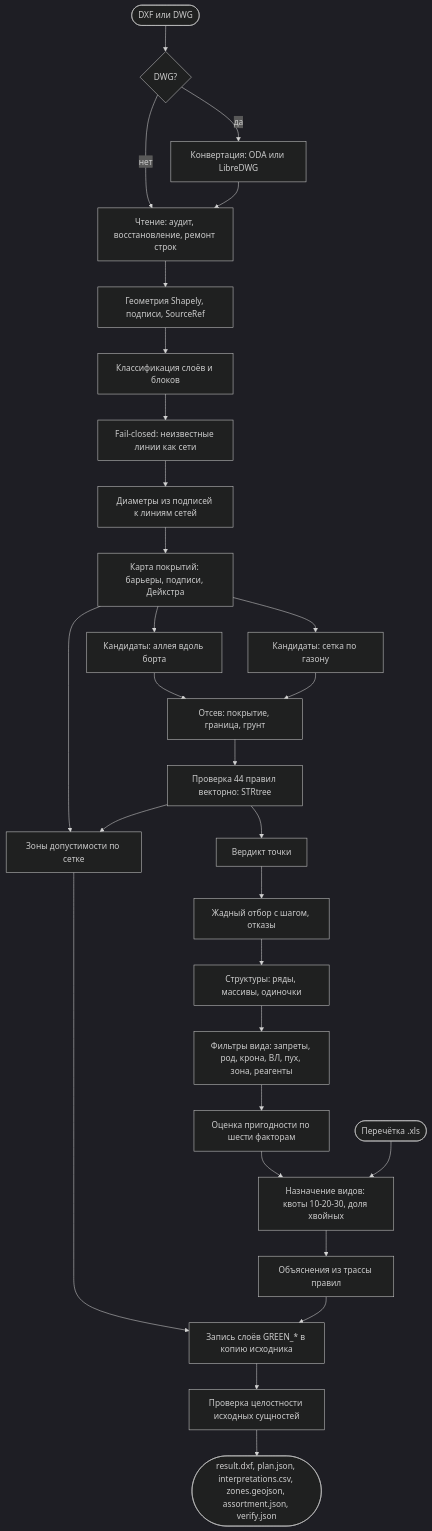
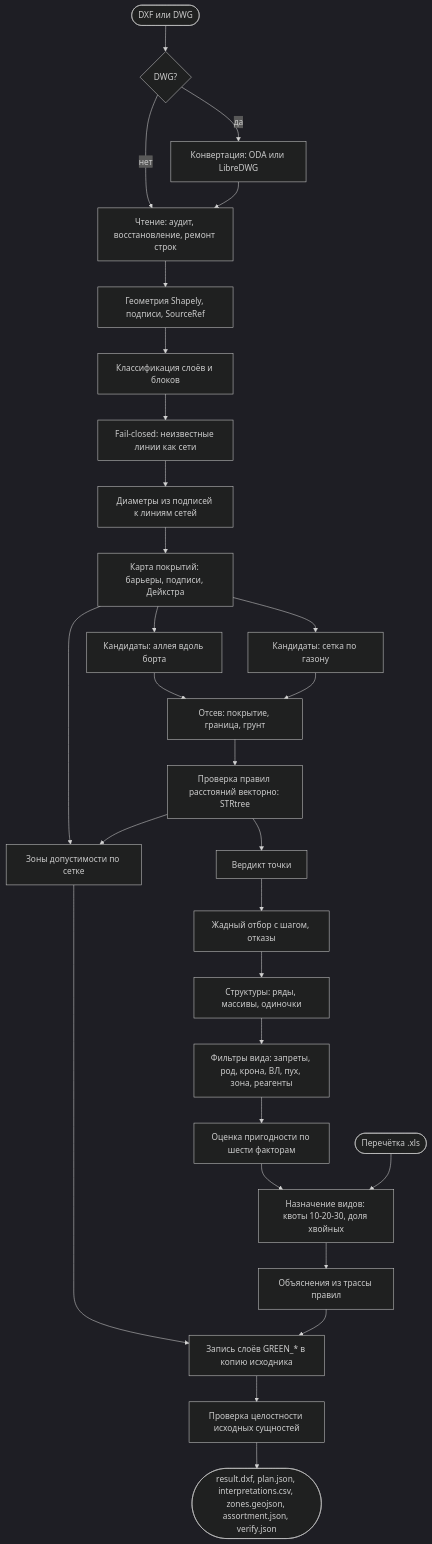
The diagram in docs/algorithm.md (Mojarung/LCT_2026), drawn with Mermaid (dark theme) before and after one commit. The commit also changed other lines of this file and 30 other files, not shown here.

````diff
--- a/docs/algorithm.md
+++ b/docs/algorithm.md
@@ -161,31 +164,31 @@
 ```mermaid
 flowchart TD
     A([DXF или DWG]) --> B{DWG?}
     B -->|да| C[Конвертация: ODA или LibreDWG]
     B -->|нет| D
     C --> D[Чтение: аудит, восстановление, ремонт строк]
     D --> E[Геометрия Shapely, подписи, SourceRef]
     E --> F[Классификация слоёв и блоков]
     F --> G[Fail-closed: неизвестные линии как сети]
     G --> H[Диаметры из подписей к линиям сетей]
     H --> I[Карта покрытий: барьеры, подписи, Дейкстра]
     I --> J[Кандидаты: аллея вдоль борта]
     I --> K[Кандидаты: сетка по газону]
     J --> L[Отсев: покрытие, граница, грунт]
     K --> L
-    L --> M[Проверка 44 правил векторно: STRtree]
+    L --> M[Проверка правил расстояний векторно: STRtree]
     M --> N[Вердикт точки]
     N --> O[Жадный отбор с шагом, отказы]
     O --> O1[Структуры: ряды, массивы, одиночки]
     O1 --> O2[Фильтры вида: запреты, род, крона, ВЛ, пух, зона, реагенты]
     O2 --> O3[Оценка пригодности по шести факторам]
     O3 --> O4[Назначение видов: квоты 10-20-30, доля хвойных]
     U([Перечётка .xls]) --> O4
     I --> P[Зоны допустимости по сетке]
     M --> P
     O4 --> Q[Объяснения из трассы правил]
     P --> R
     Q --> R[Запись слоёв GREEN_* в копию исходника]
     R --> S[Проверка целостности исходных сущностей]
     S --> T([result.dxf, plan.json, interpretations.csv, zones.geojson, assortment.json, verify.json])
 ```
````
